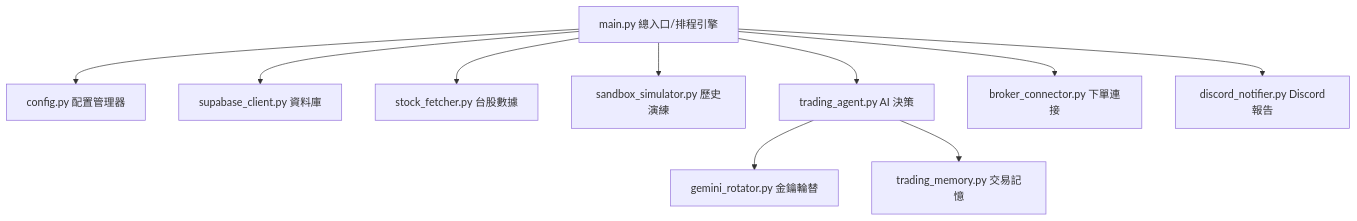
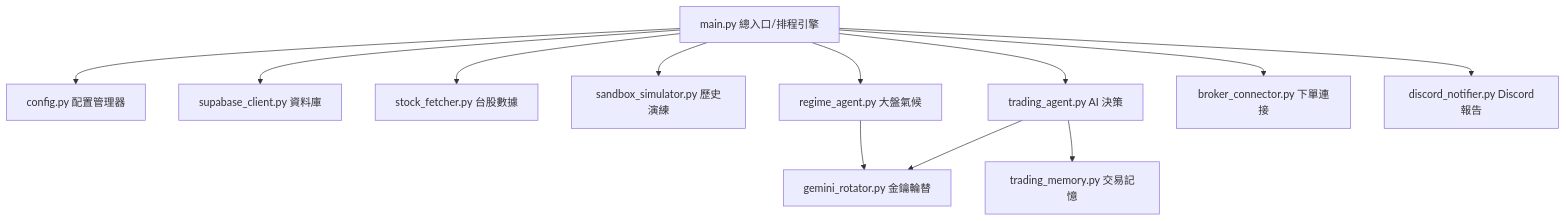
The diagram in README.md (Jpopaholic/AIAutoStocks), drawn with Mermaid before and after one commit. The commit also changed other lines of this file, not shown here.

````diff
--- a/README.md
+++ b/README.md
@@ -17,14 +17,16 @@
 ```mermaid
 graph TD
     A[main.py 總入口/排程引擎] --> B[config.py 配置管理器]
     A --> C[supabase_client.py 資料庫]
     A --> D[stock_fetcher.py 台股數據]
     A --> E[sandbox_simulator.py 歷史演練]
     A --> F[trading_agent.py AI 決策]
+    A --> K[regime_agent.py 大盤氣候]
     
     F --> G[gemini_rotator.py 金鑰輪替]
     F --> H[trading_memory.py 交易記憶]
+    K --> G
     
     A --> I[broker_connector.py 下單連接]
     A --> J[discord_notifier.py Discord報告]
 ```
````
